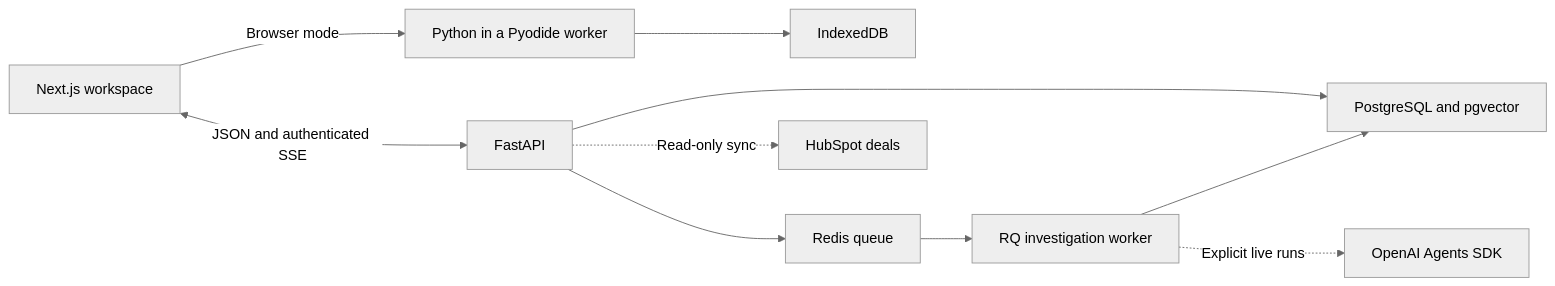
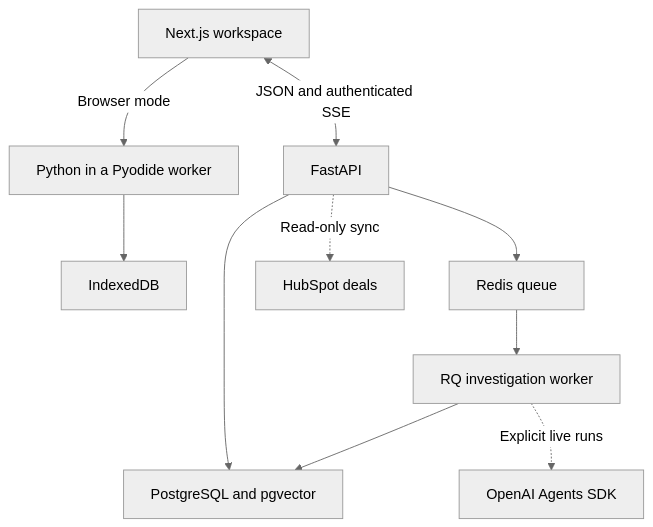
One commit to ProdigyProjectStudios/MONOLITH changed the diagram in README.md. Above: the diagram before and after it, drawn with Mermaid (neutral theme). The commit also changed other lines of this file and 8 other files, not shown here.

````diff
--- a/README.md
+++ b/README.md
@@ -34,12 +64,12 @@
 ```mermaid
-flowchart LR
+flowchart TD
     UI["Next.js workspace"] -->|Browser mode| WASM["Python in a Pyodide worker"]
     WASM --> IDB["IndexedDB"]
     UI <-->|JSON and authenticated SSE| API["FastAPI"]
     API --> PG["PostgreSQL and pgvector"]
     API --> Q["Redis queue"]
     Q --> W["RQ investigation worker"]
     W --> PG
     W -. Explicit live runs .-> SDK["OpenAI Agents SDK"]
     API -. Read-only sync .-> CRM["HubSpot deals"]
 ```
````
